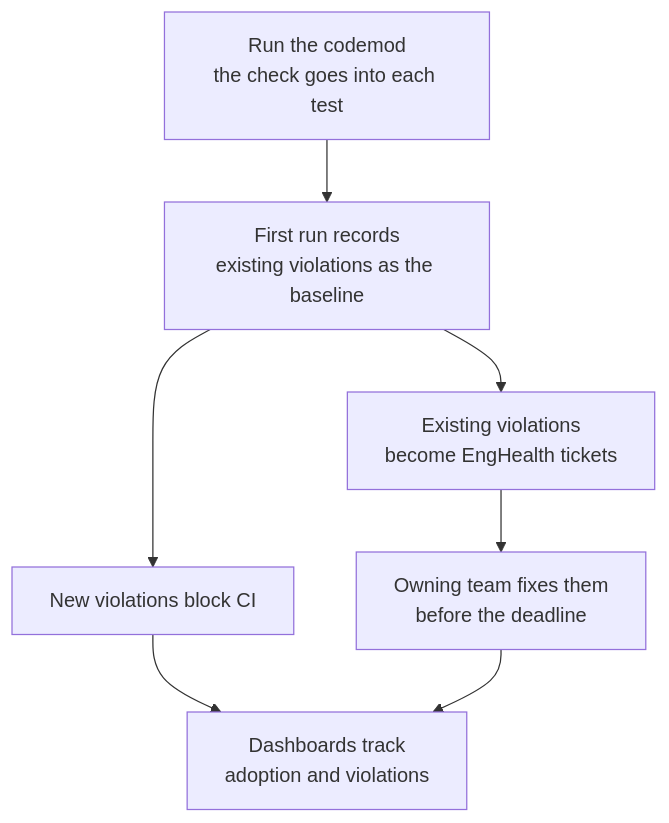
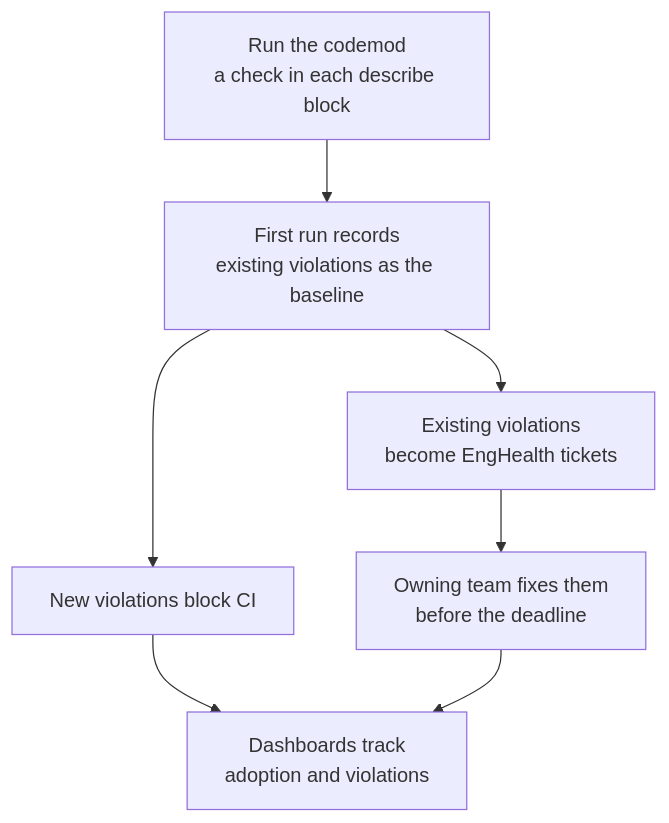
Before and after one commit to oleg-chibikov/project-architecture: the third of 3 diagrams in accessibility-tooling/README.md, drawn with Mermaid. The commit also changed other lines of this file and 1 other file, not shown here.

Commit message:
Describe how the codemod picks setup for each describe block

````diff
--- a/accessibility-tooling/README.md
+++ b/accessibility-tooling/README.md
@@ -77,9 +77,9 @@
 ```mermaid
 flowchart TD
-  Run["Run the codemod<br/>the check goes into each test"] --> Base["First run records<br/>existing violations as the baseline"]
+  Run["Run the codemod<br/>a check in each describe block"] --> Base["First run records<br/>existing violations as the baseline"]
   Base --> Gate["New violations block CI"]
   Base --> Tickets["Existing violations<br/>become EngHealth tickets"]
   Tickets --> Fix["Owning team fixes them<br/>before the deadline"]
   Gate --> Watch["Dashboards track<br/>adoption and violations"]
   Fix --> Watch
 ```
````
